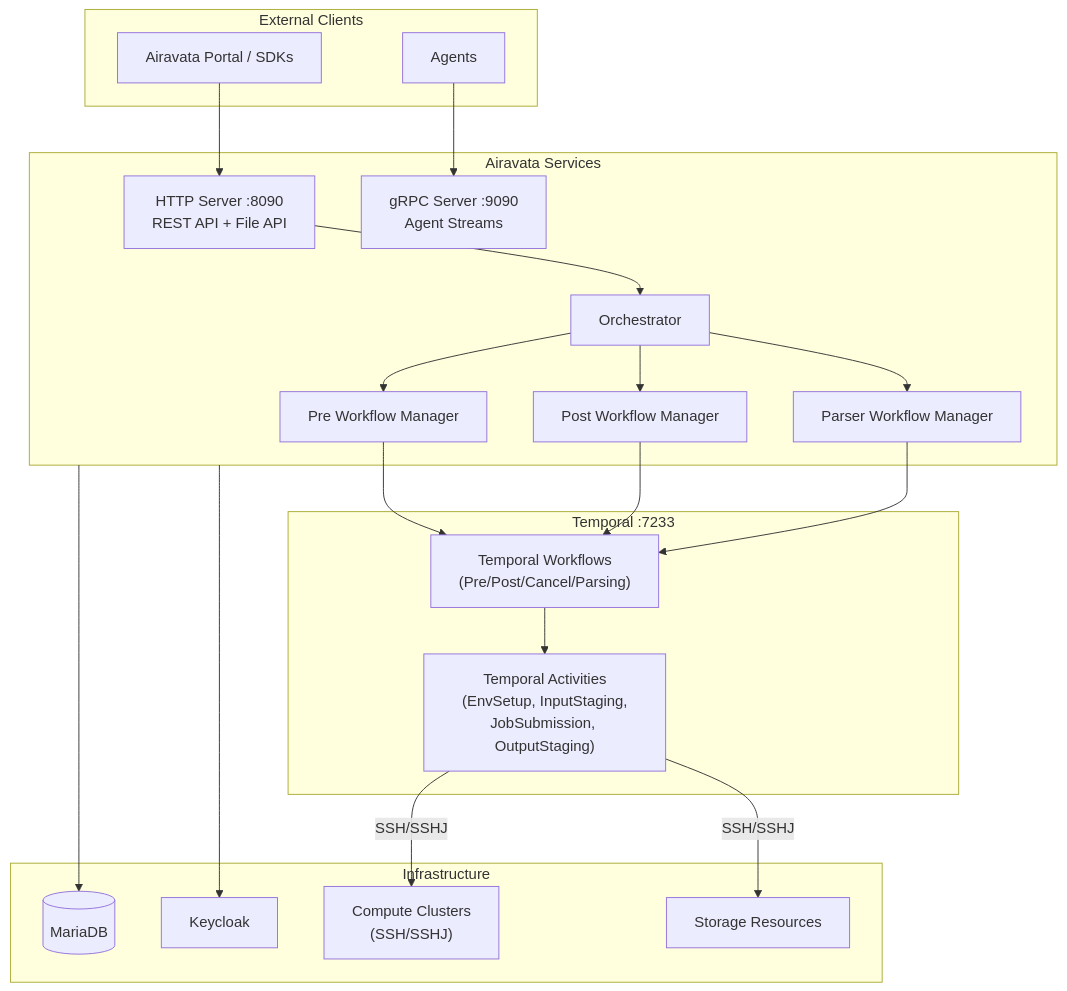
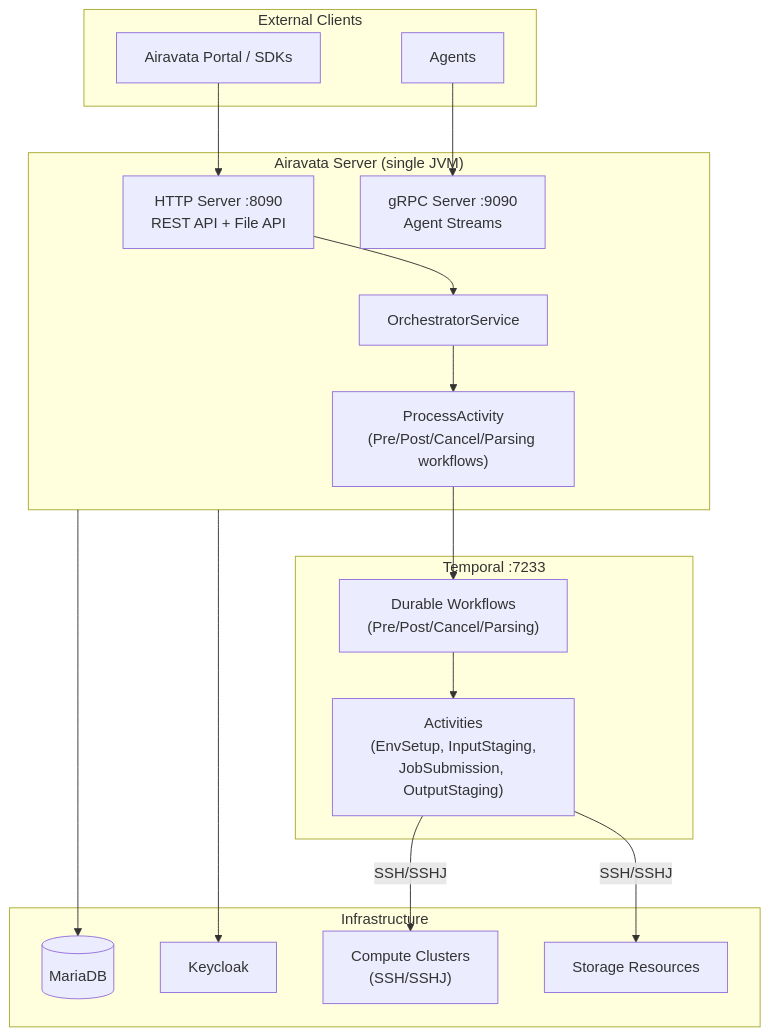
The first of 3 diagrams in README.md (apache/airavata), drawn with Mermaid before and after one commit. The commit also changed other lines of this file and 434 other files, not shown here.

````diff
--- a/README.md
+++ b/README.md
@@ -148,41 +148,37 @@
 ```mermaid
 flowchart TB
     subgraph Clients["External Clients"]
         Portals["Airavata Portal / SDKs"]
         Agents["Agents"]
     end
 
-    subgraph Server["Airavata Services"]
+    subgraph Server["Airavata Server (single JVM)"]
         HTTP["HTTP Server :8090<br/>REST API + File API"]
         gRPC["gRPC Server :9090<br/>Agent Streams"]
-        Orch["Orchestrator"]
-        PreWF["Pre Workflow Manager"]
-        PostWF["Post Workflow Manager"]
-        ParseWF["Parser Workflow Manager"]
+        Orch["OrchestratorService"]
+        PA["ProcessActivity<br/>(Pre/Post/Cancel/Parsing workflows)"]
     end
 
     subgraph Temporal["Temporal :7233"]
-        Workflows["Temporal Workflows<br/>(Pre/Post/Cancel/Parsing)"]
-        Activities["Temporal Activities<br/>(EnvSetup, InputStaging,<br/>JobSubmission, OutputStaging)"]
+        Workflows["Durable Workflows<br/>(Pre/Post/Cancel/Parsing)"]
+        Activities["Activities<br/>(EnvSetup, InputStaging,<br/>JobSubmission, OutputStaging)"]
     end
 
     subgraph External["Infrastructure"]
         DB[(MariaDB)]
         KC[Keycloak]
         Compute["Compute Clusters<br/>(SSH/SSHJ)"]
         Storage["Storage Resources"]
     end
 
     Portals --> HTTP
     Agents --> gRPC
     HTTP --> Orch
-    Orch --> PreWF & PostWF & ParseWF
-    PreWF --> Workflows
-    PostWF --> Workflows
-    ParseWF --> Workflows
+    Orch --> PA
+    PA --> Workflows
     Workflows --> Activities
     Activities -->|SSH/SSHJ| Compute
     Activities -->|SSH/SSHJ| Storage
     Server --> DB
     Server --> KC
 ```
````
